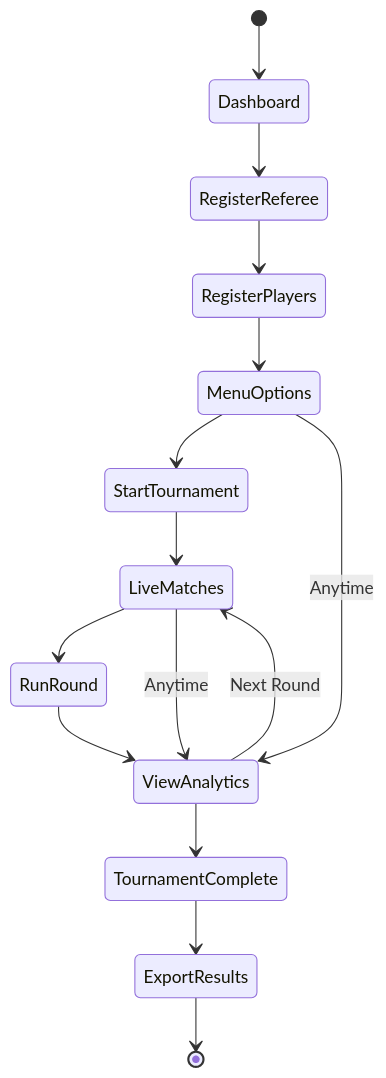
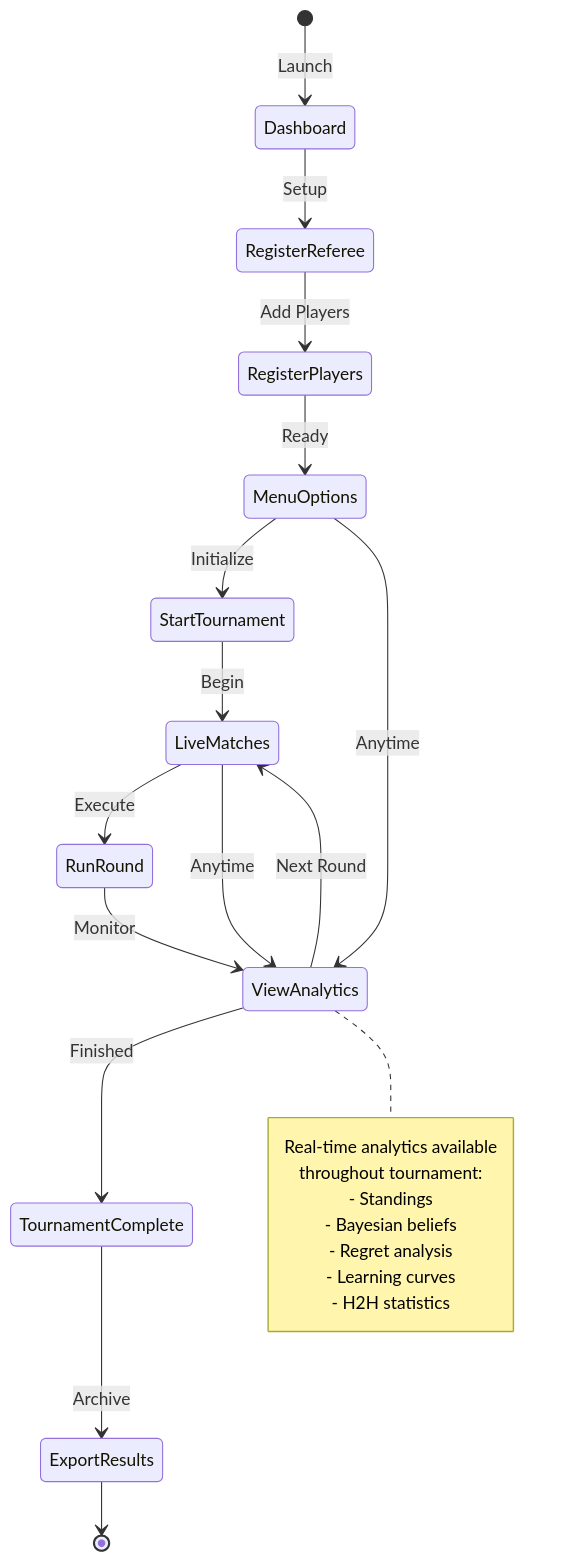
One commit to fouada/Assignment7_mcp-multi-agent-game changed diagram 14 of 15 in README.md. Above: the diagram before and after it, drawn with Mermaid. The commit also changed other lines of this file and 1 other file, not shown here.

````diff
--- a/README.md
+++ b/README.md
@@ -1607,18 +1268,28 @@
 ```mermaid
 stateDiagram-v2
-    [*] --> Dashboard
-    Dashboard --> RegisterReferee
-    RegisterReferee --> RegisterPlayers
-    RegisterPlayers --> MenuOptions
-    MenuOptions --> StartTournament
-    StartTournament --> LiveMatches
-    LiveMatches --> RunRound
-    RunRound --> ViewAnalytics
+    [*] --> Dashboard: Launch
+    Dashboard --> RegisterReferee: Setup
+    RegisterReferee --> RegisterPlayers: Add Players
+    RegisterPlayers --> MenuOptions: Ready
+    MenuOptions --> StartTournament: Initialize
+    StartTournament --> LiveMatches: Begin
+    LiveMatches --> RunRound: Execute
+    RunRound --> ViewAnalytics: Monitor
     ViewAnalytics --> LiveMatches: Next Round
-    ViewAnalytics --> TournamentComplete
-    TournamentComplete --> ExportResults
+    ViewAnalytics --> TournamentComplete: Finished
+    TournamentComplete --> ExportResults: Archive
     ExportResults --> [*]
     
     MenuOptions --> ViewAnalytics: Anytime
     LiveMatches --> ViewAnalytics: Anytime
+    
+    note right of ViewAnalytics
+      Real-time analytics available
+      throughout tournament:
+      - Standings
+      - Bayesian beliefs
+      - Regret analysis
+      - Learning curves
+      - H2H statistics
+    end note
 ```
````
